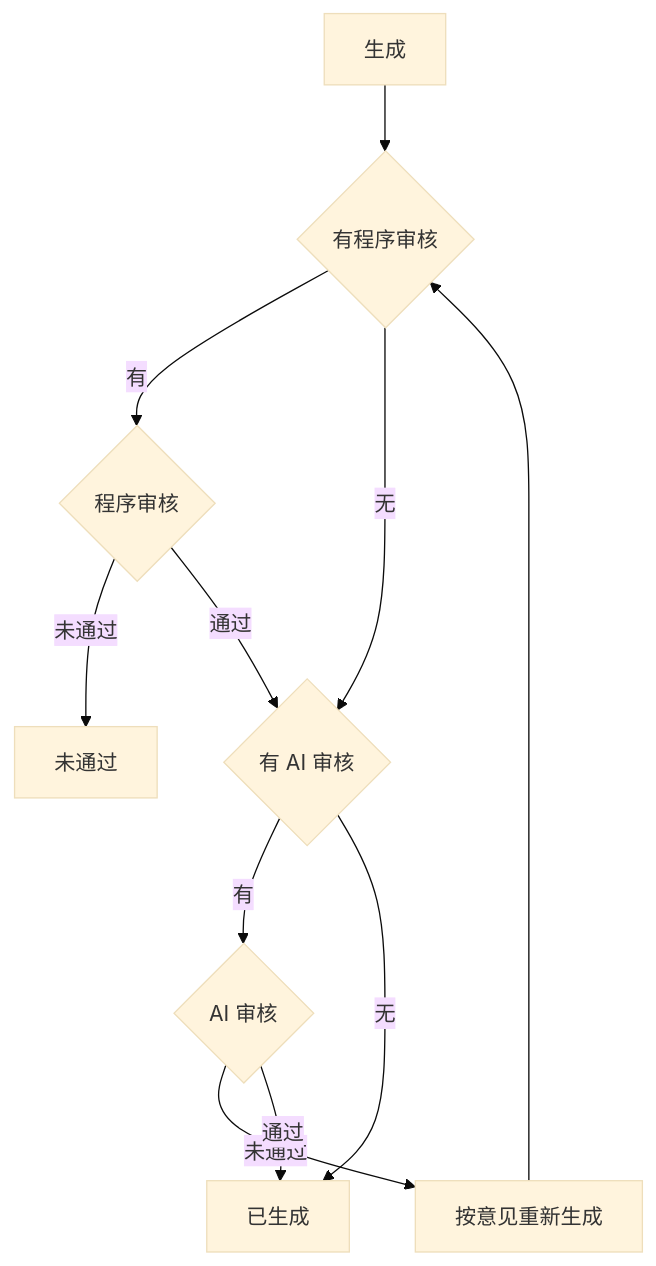
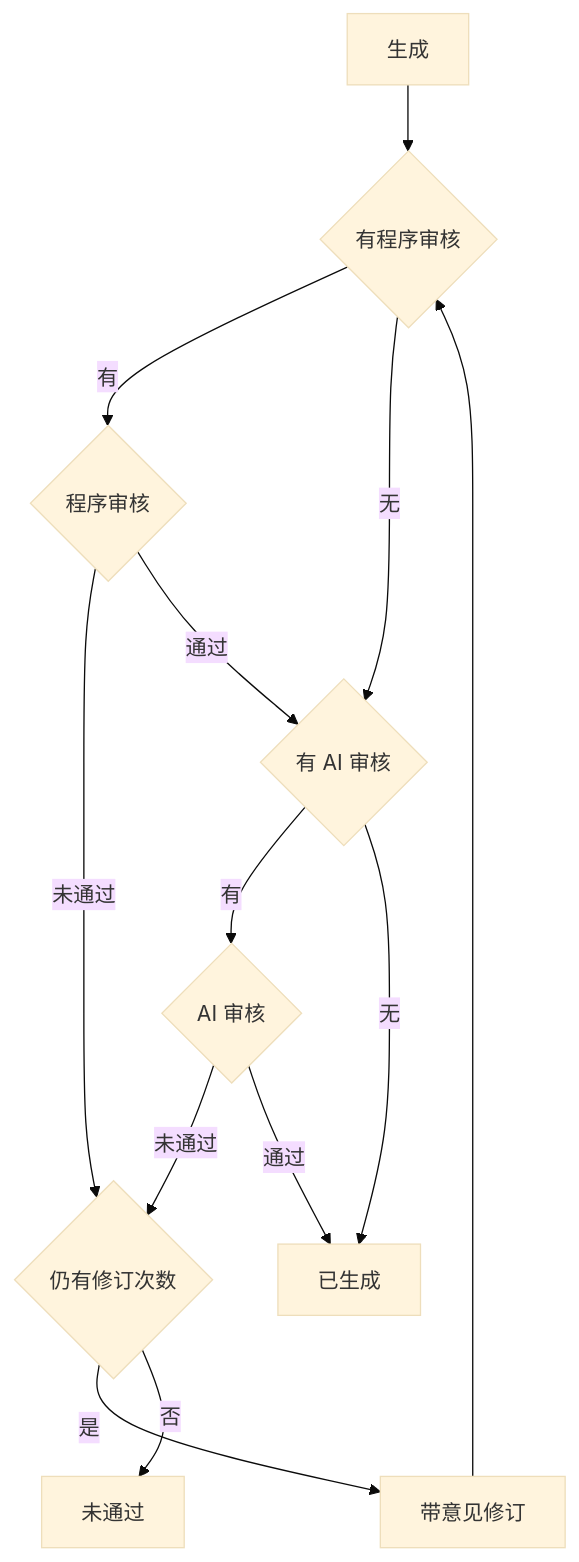
The third of 3 diagrams in meiji/dev_docs/制作工作流.md (senbenyi/meiji-harness), drawn with Mermaid (base theme) before and after one commit. The commit also changed other lines of this file and 23 other files, not shown here.

````diff
--- a/meiji/dev_docs/制作工作流.md
+++ b/meiji/dev_docs/制作工作流.md
@@ -85,22 +87,25 @@
 ```mermaid
 flowchart TD
   gen["生成"]
   hasProg{"有程序审核"}
   prog{"程序审核"}
   hasAi{"有 AI 审核"}
   ai{"AI 审核"}
+  retry{"仍有修订次数"}
   rej["未通过"]
   ok["已生成"]
-  rev["按意见重新生成"]
+  rev["带意见修订"]
 
   gen --> hasProg
   hasProg -->|有| prog
   hasProg -->|无| hasAi
-  prog -->|未通过| rej
+  prog -->|未通过| retry
   prog -->|通过| hasAi
   hasAi -->|有| ai
   hasAi -->|无| ok
-  ai -->|未通过| rev
+  ai -->|未通过| retry
+  ai -->|通过| ok
+  retry -->|是| rev
+  retry -->|否| rej
   rev --> hasProg
-  ai -->|通过| ok
 ```
````
